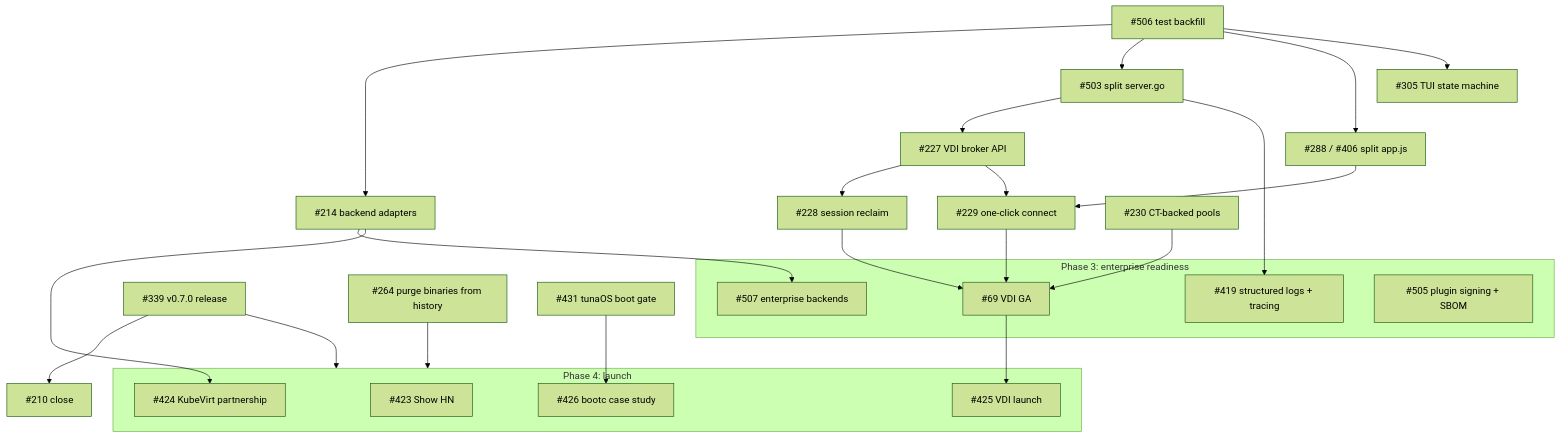
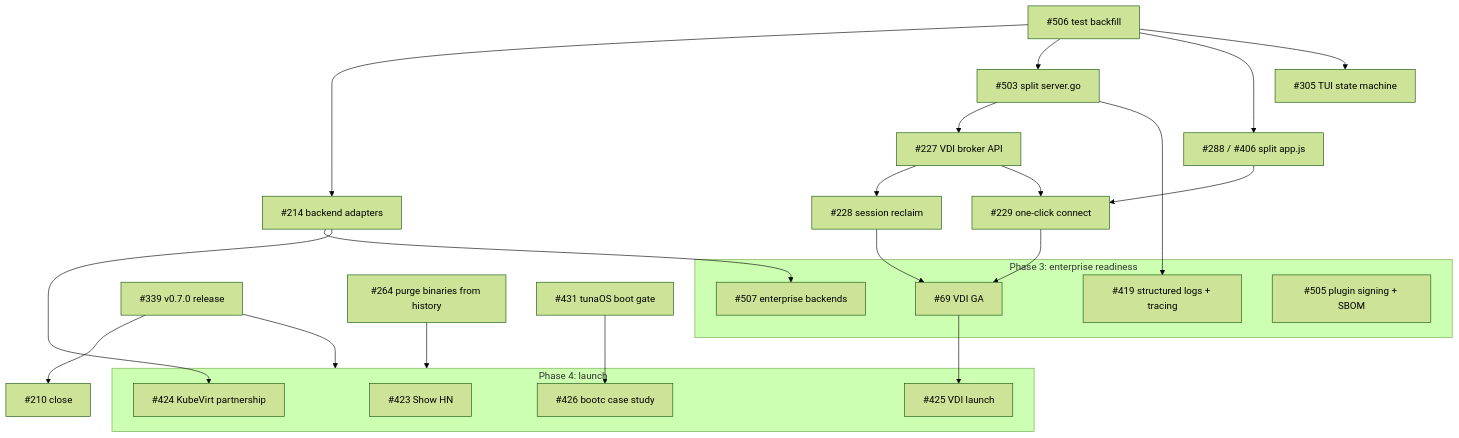
Before and after one commit to tuna-os/corral: the diagram in ROADMAP.md, drawn with Mermaid (forest theme). The commit also changed other lines of this file and 10 other files, not shown here.

````diff
--- a/ROADMAP.md
+++ b/ROADMAP.md
@@ -48,35 +48,34 @@
 ```mermaid
 flowchart TD
   P1A["#339 v0.7.0 release"] --> P1B["#210 close"]
   P1H["#264 purge binaries from history"] --> P5
   P1A --> P5
   T["#506 test backfill"] --> R1["#214 backend adapters"]
   T --> R2["#503 split server.go"]
   T --> R3["#288 / #406 split app.js"]
   T --> R4["#305 TUI state machine"]
   R1 --> E1["#507 enterprise backends"]
   R2 --> V1["#227 VDI broker API"]
   R2 --> O1["#419 structured logs + tracing"]
   V1 --> V2["#228 session reclaim"]
   V1 --> V3["#229 one-click connect"]
   R3 --> V3
-  V4["#230 CT-backed pools"]
-  V2 & V3 & V4 --> VGA["#69 VDI GA"]
+  V2 & V3 --> VGA["#69 VDI GA"]
   S1["#505 plugin signing + SBOM"]
   BG["#431 tunaOS boot gate"]
   subgraph P3["Phase 3: enterprise readiness"]
     E1
     VGA
     S1
     O1
   end
   subgraph P5["Phase 4: launch"]
     L1["#423 Show HN"]
     L2["#426 bootc case study"]
     L3["#425 VDI launch"]
     L4["#424 KubeVirt partnership"]
   end
   BG --> L2
   VGA --> L3
   R1 --> L4
 ```
````
